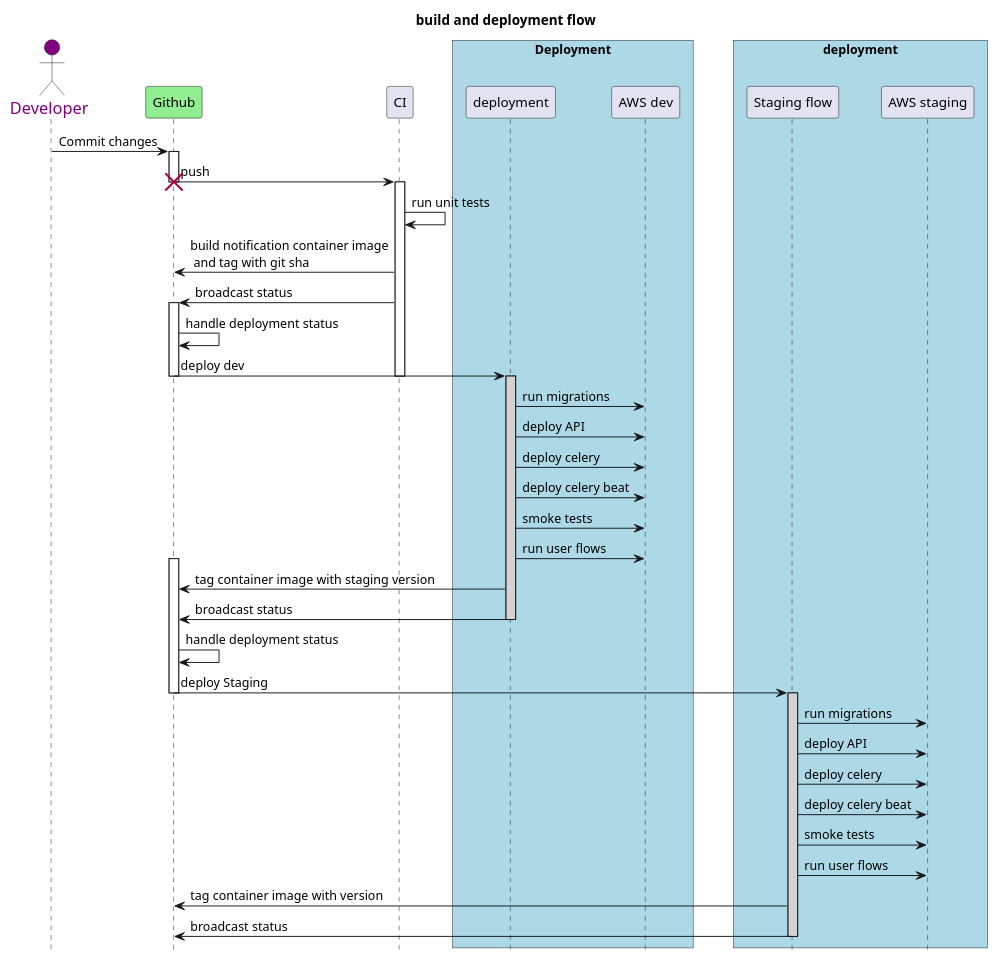
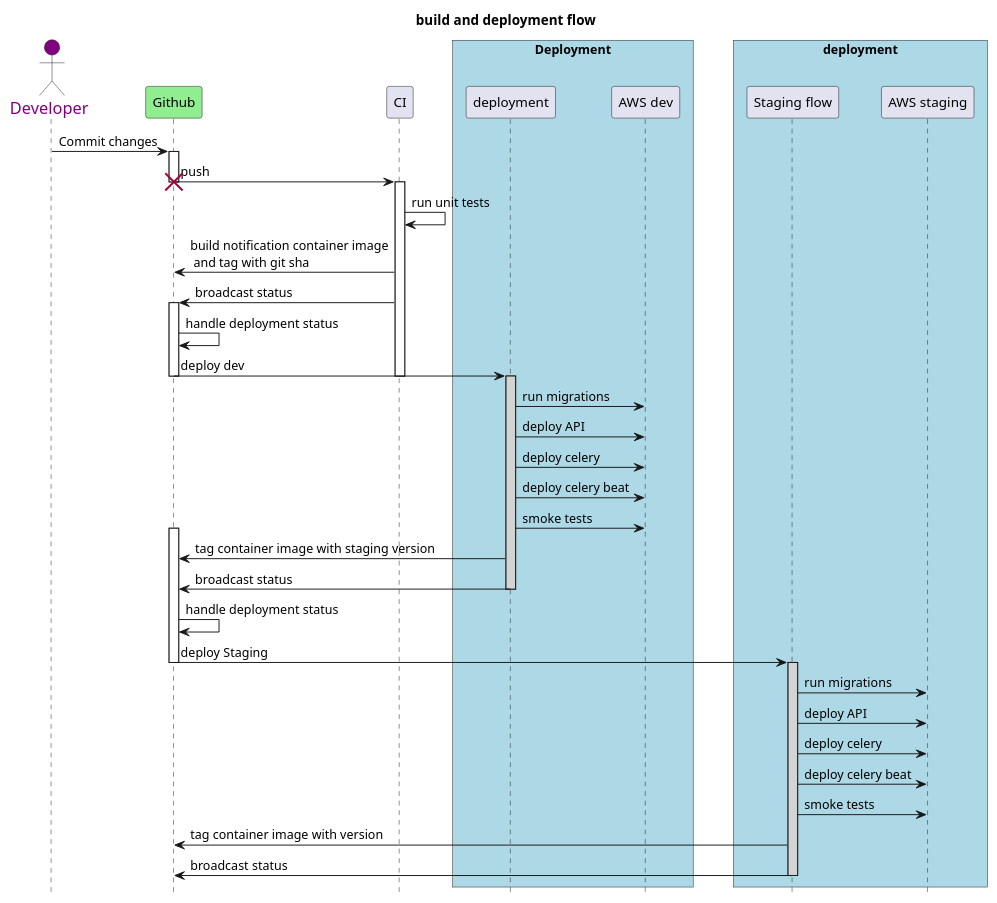
The diagram in documents/ci cd flow.puml (cds-snc/notification-api), drawn with PlantUML before and after one commit. The commit also changed 17 other files, not shown here.

Commit message:
#1322 - Remove User Flows from API (#1520)

```diff
--- a/documents/ci cd flow.puml
+++ b/documents/ci cd flow.puml
@@ -1,65 +1,63 @@
 @startuml
 hide footbox
 skinparam ParticipantPadding 10
 skinparam BoxPadding 20
 
 skinparam sequence {
 ActorBackgroundColor purple
 ActorFontColor purple
 ActorFontSize 17
 ActorFontName Arial
 }
 
 title build and deployment flow
 actor Developer #purple
 participant Github #lightgreen
 Developer -> Github: Commit changes
 activate Github
 Github -> CI: push
 destroy Github
 
 participant CI
 activate CI
 CI -> CI: run unit tests
 CI -> "Github": build notification container image\n and tag with git sha
 CI -> Github: broadcast status
 activate Github
 Github -> Github: handle deployment status
 Github -> "deployment": deploy dev
 deactivate Github
 deactivate CI
 
 box "Deployment" #lightblue
 participant "deployment"
 activate "deployment" #lightgray
 "deployment" -> "AWS dev": run migrations
 "deployment" -> "AWS dev": deploy API
 "deployment" -> "AWS dev": deploy celery
 "deployment" -> "AWS dev": deploy celery beat
 "deployment" -> "AWS dev": smoke tests
-"deployment" -> "AWS dev": run user flows
 activate Github
 "deployment" -> Github: tag container image with staging version
 "deployment" -> Github: broadcast status
 deactivate "deployment"
 end box
 
 Github -> Github: handle deployment status
 Github -> "Staging flow": deploy Staging
 deactivate Github
 
 box "deployment" #lightblue
 participant "Staging flow"
 activate "Staging flow" #lightgray
 "Staging flow" -> "AWS staging": run migrations
 "Staging flow" -> "AWS staging": deploy API
 "Staging flow" -> "AWS staging": deploy celery
 "Staging flow" -> "AWS staging": deploy celery beat
 "Staging flow" -> "AWS staging": smoke tests
-"Staging flow" -> "AWS staging": run user flows
 "Staging flow" -> Github: tag container image with version
 "Staging flow" -> Github: broadcast status
 deactivate "Staging flow"
 end box
 
 @enduml
```
